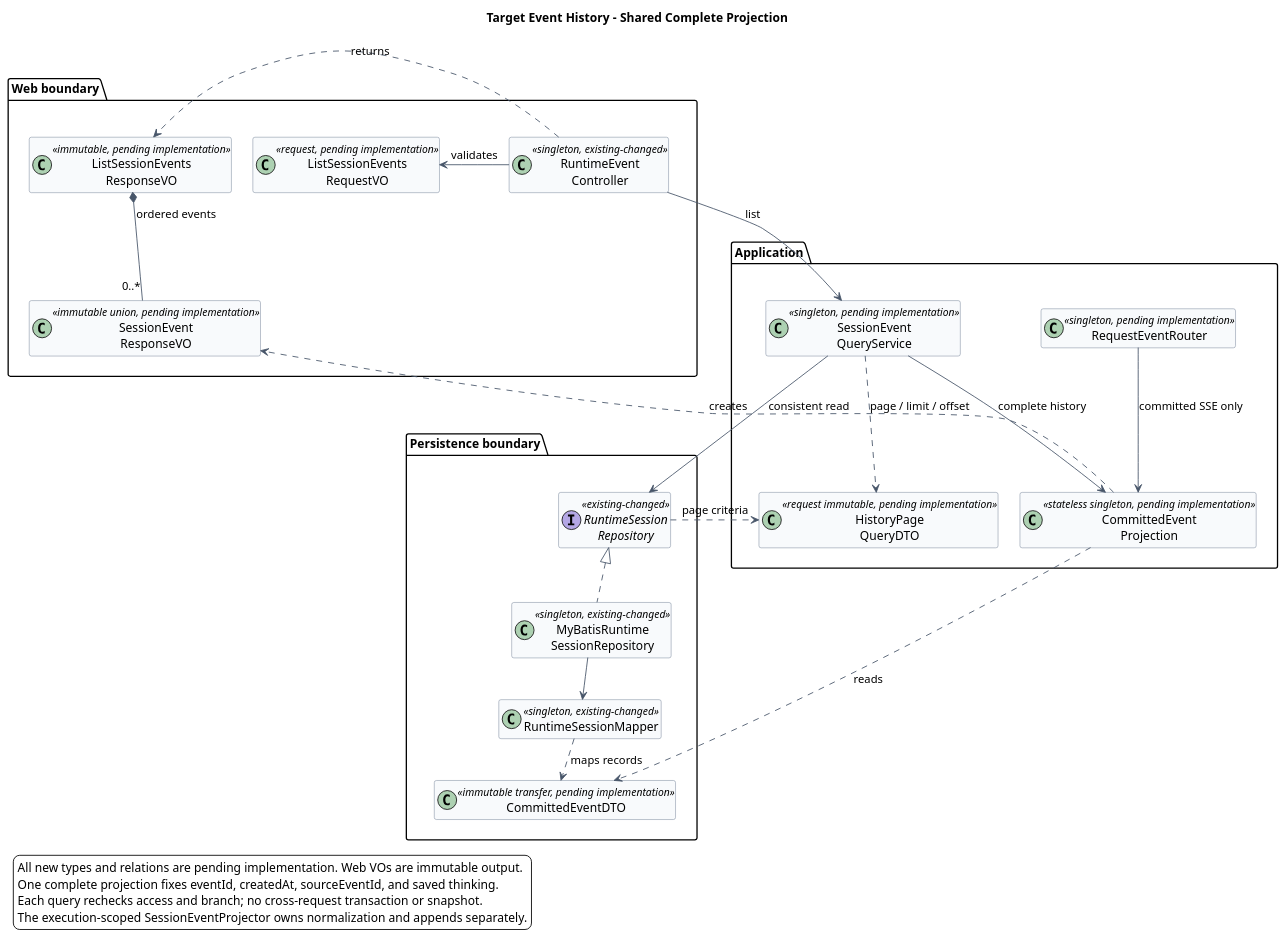
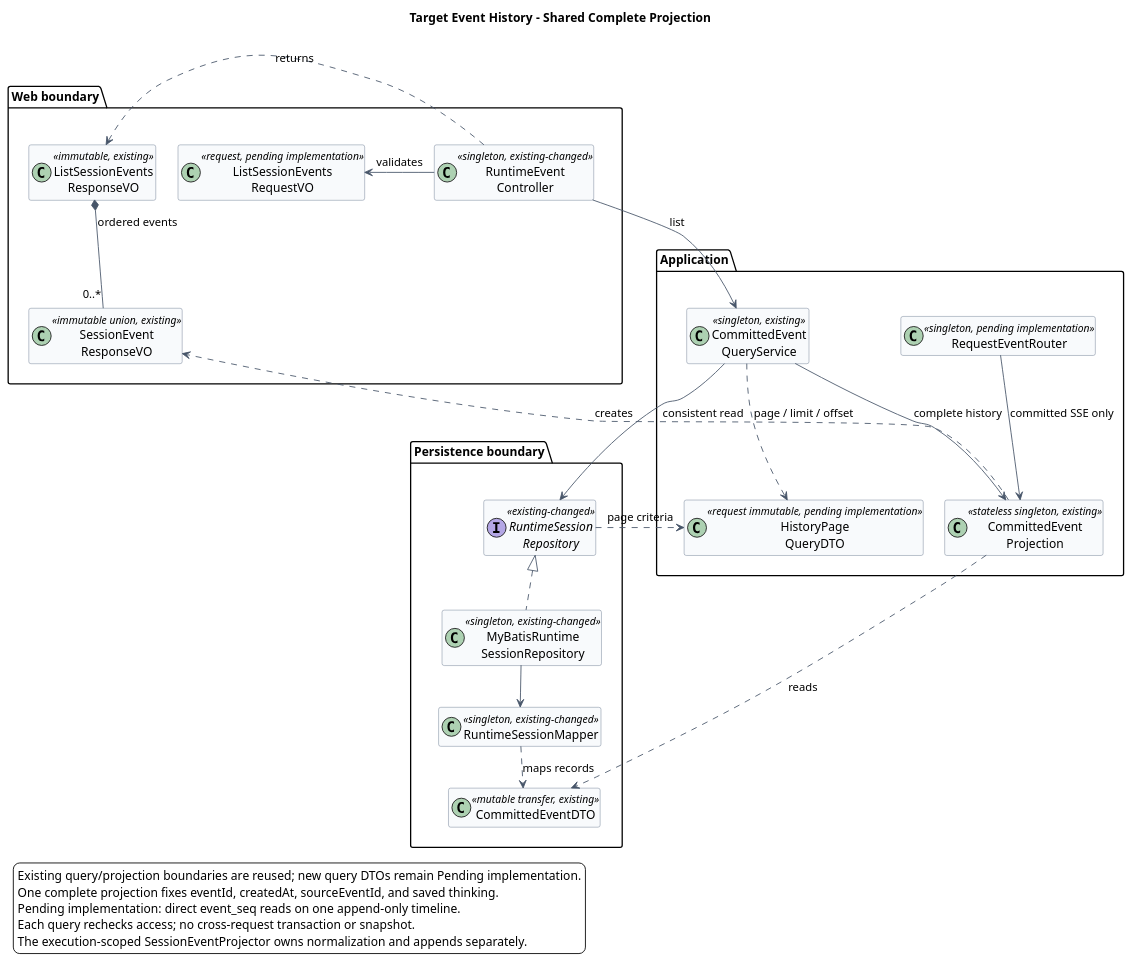
Before and after one commit to ssm0808/pi-mono-java-design: the first of 2 diagrams in 01-总体架构/01-CampusClaw多Agent运行时/设计图/事件历史查询/diagram.puml, drawn with PlantUML. The commit also changed other lines of this file and 26 other files, not shown here.

Commit message:
docs(session): adopt append-only history without recursive queries

```diff
--- a/01-总体架构/01-CampusClaw多Agent运行时/设计图/事件历史查询/diagram.puml
+++ b/01-总体架构/01-CampusClaw多Agent运行时/设计图/事件历史查询/diagram.puml
@@ -1,63 +1,69 @@
 @startuml target_event_history_classes
 title Target Event History - Shared Complete Projection
 ' Source baseline: pi-mono-java dfb90cac4e233e09a0b8f047f7e9f4682f5ad238
 ' Source: campusclaw/src/main/java/com/huawei/hicampus/claw/codingagent/runtimeapi/event/RuntimeEventQueryService.java, list/pageOf.
 ' Source: campusclaw/src/main/java/com/huawei/hicampus/claw/codingagent/runtimeapi/event/RuntimeEntryCodec.java, toHistoryEvent/toSseData.
 ' Source: campusclaw/src/main/java/com/huawei/hicampus/claw/codingagent/runtimeapi/event/RuntimeEventCursorCodec.java, encode/decode.
-' Observed behavior: current pages are sequence-based opaque cursors, not integers.
+' Historical behavior at dfb90ca: opaque cursors; superseded in the scoped Java baseline below.
 ' Design reason: one complete projection prevents SSE/history identity drift. Thinking target: display original model reasoning; Java 4cc8dd86 modules/coding-agent-cli/src/main/java/com/campusclaw/codingagent/runtimeapi/event/RuntimeV2EventProjector.java projectThinking still filters publicSummary.
-' All new classes and relations are pending implementation; existing boundaries are changed.
+' History read update: Java fb842b1ac6cb4818f6b146f79dd184a5cd88bf12.
+' Source: modules/coding-agent-cli/src/main/java/com/campusclaw/codingagent/runtimeapi/event/CommittedEventQueryService.java list/pageOf.
+' Source: modules/coding-agent-cli/src/main/resources/mapper/session/RuntimeSessionMapper.xml listCommittedEvents/countUnmappedCurrentBranchEntries.
+' Observed behavior: integer pages exist; both queries still traverse parent links.
+' Design reason: one admitted linear Session permits direct event_seq paging.
+' Pending implementation: non-recursive reads under append-only writes.
 top to bottom direction
 hide empty members
 skinparam backgroundColor white
 skinparam shadowing false
 skinparam classAttributeIconSize 0
 skinparam nodesep 25
 skinparam ranksep 30
 skinparam ArrowColor #475569
 skinparam ClassBorderColor #64748B
 skinparam ClassBackgroundColor #F8FAFC
 skinparam stereotypeFontSize 10
 
 package "Web boundary" as WEB {
   class "RuntimeEvent\nController" as RuntimeEventController <<singleton, existing-changed>>
   class "ListSessionEvents\nRequestVO" as ListSessionEventsRequestVO <<request, pending implementation>>
-  class "ListSessionEvents\nResponseVO" as ListSessionEventsResponseVO <<immutable, pending implementation>>
-  class "SessionEvent\nResponseVO" as SessionEventResponseVO <<immutable union, pending implementation>>
+  class "ListSessionEvents\nResponseVO" as ListSessionEventsResponseVO <<immutable, existing>>
+  class "SessionEvent\nResponseVO" as SessionEventResponseVO <<immutable union, existing>>
 }
 package "Application" as APP {
-  class "SessionEvent\nQueryService" as SessionEventQueryService <<singleton, pending implementation>>
+  class "CommittedEvent\nQueryService" as SessionEventQueryService <<singleton, existing>>
   class "HistoryPage\nQueryDTO" as HistoryPageQueryDTO <<request immutable, pending implementation>>
-  class "CommittedEvent\nProjection" as CommittedEventProjection <<stateless singleton, pending implementation>>
+  class "CommittedEvent\nProjection" as CommittedEventProjection <<stateless singleton, existing>>
   class RequestEventRouter <<singleton, pending implementation>>
 }
 package "Persistence boundary" as DB {
   interface "RuntimeSession\nRepository" as RuntimeSessionRepository <<existing-changed>>
   class "MyBatisRuntime\nSessionRepository" as MyBatisRuntimeSessionRepository <<singleton, existing-changed>>
-  class CommittedEventDTO <<immutable transfer, pending implementation>>
+  class CommittedEventDTO <<mutable transfer, existing>>
   class RuntimeSessionMapper <<singleton, existing-changed>>
 }
 RuntimeEventController -[norank]-> ListSessionEventsRequestVO : validates
 WEB -[hidden]down- APP
 APP -[hidden]down- DB
 RuntimeEventController --> SessionEventQueryService : list
 RuntimeEventController .[norank].> ListSessionEventsResponseVO : returns
 ListSessionEventsResponseVO *-- "0..*" SessionEventResponseVO : ordered events
 SessionEventQueryService ..> HistoryPageQueryDTO : page / limit / offset
 SessionEventQueryService --> RuntimeSessionRepository : consistent read
 SessionEventQueryService --> CommittedEventProjection : complete history
 RequestEventRouter --> CommittedEventProjection : committed SSE only
 CommittedEventProjection ..> CommittedEventDTO : reads
 CommittedEventProjection .[norank].> SessionEventResponseVO : creates
 RuntimeSessionRepository <|.. MyBatisRuntimeSessionRepository
 MyBatisRuntimeSessionRepository --> RuntimeSessionMapper
 RuntimeSessionMapper ..> CommittedEventDTO : maps records
 RuntimeSessionRepository ..> HistoryPageQueryDTO : page criteria
 
 legend bottom left
-All new types and relations are pending implementation. Web VOs are immutable output.
+Existing query/projection boundaries are reused; new query DTOs remain Pending implementation.
 One complete projection fixes eventId, createdAt, sourceEventId, and saved thinking.
-Each query rechecks access and branch; no cross-request transaction or snapshot.
+Pending implementation: direct event_seq reads on one append-only timeline.
+Each query rechecks access; no cross-request transaction or snapshot.
 The execution-scoped SessionEventProjector owns normalization and appends separately.
 endlegend
 @enduml
```
